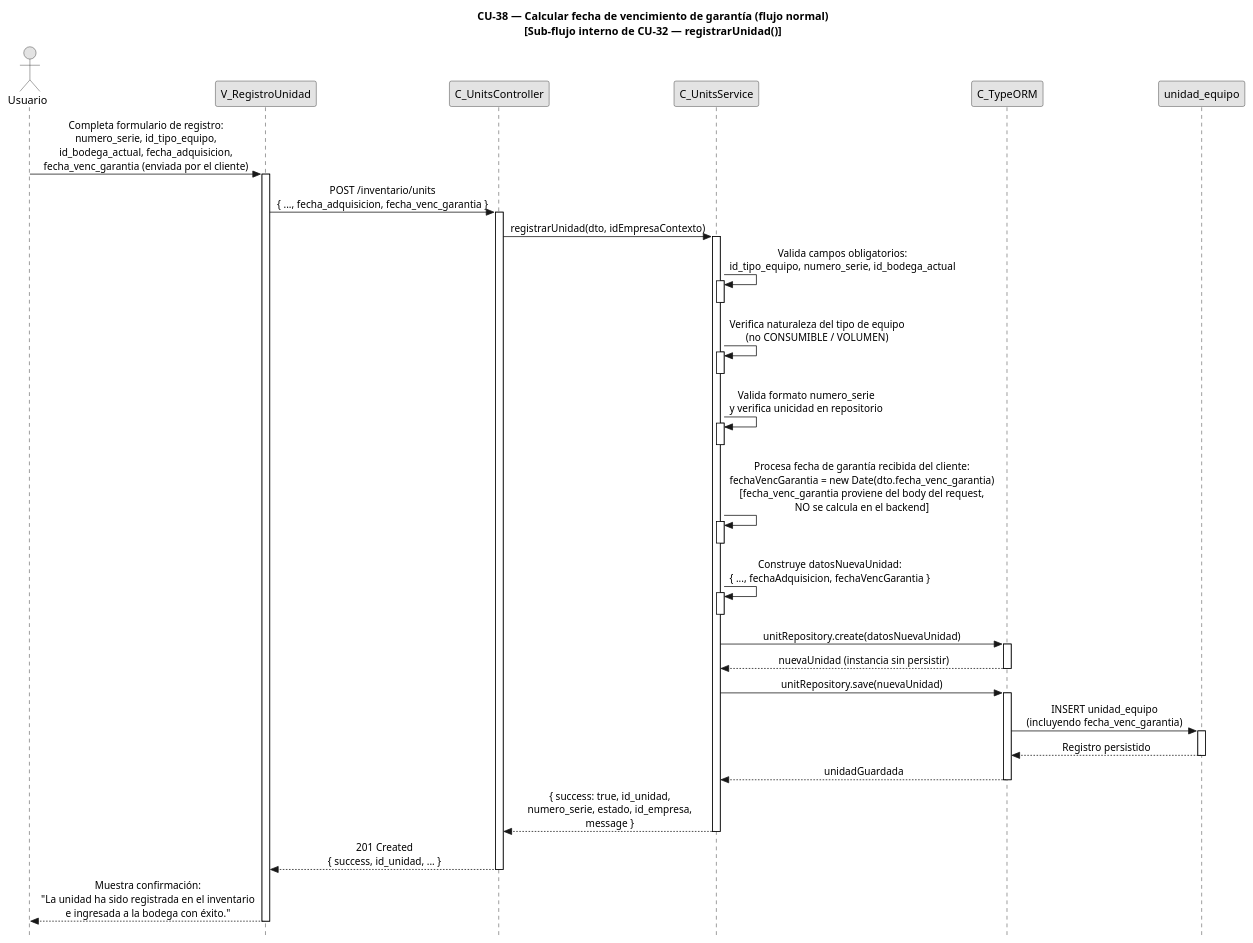
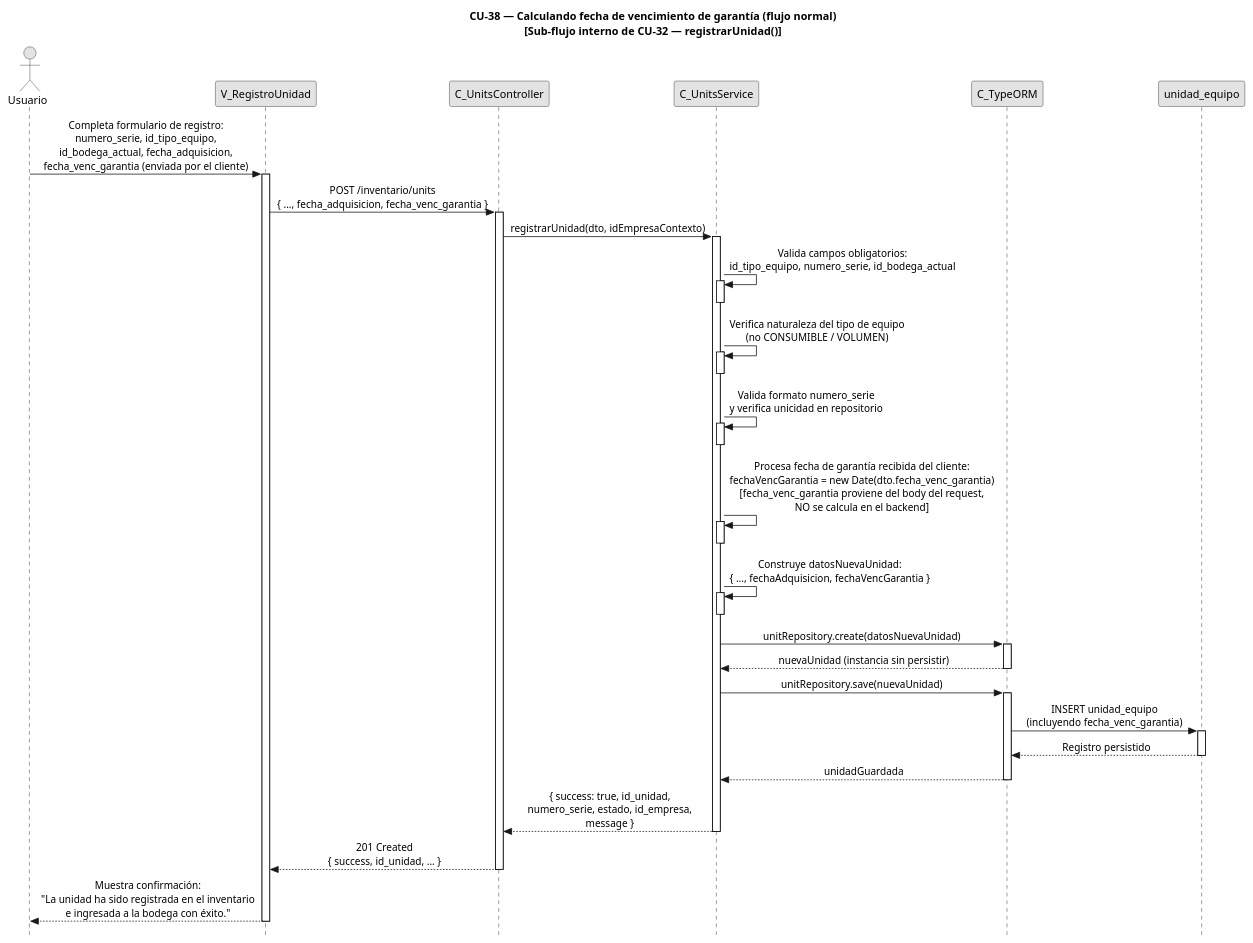
The diagram in diagramas/diagramas-secuencia/CU38/CU38-normal.puml (FSM-Finet-y-Cable-Magico/Team_1-Inventario-y-Bodega), drawn with PlantUML before and after one commit. The commit also changed 155 other files, not shown here.

Commit message:
fix: titulos de diagramas de secuencia en gerundio

```diff
--- a/diagramas/diagramas-secuencia/CU38/CU38-normal.puml
+++ b/diagramas/diagramas-secuencia/CU38/CU38-normal.puml
@@ -1,77 +1,77 @@
 @startuml CU38-normal
-title CU-38 — Calcular fecha de vencimiento de garantía (flujo normal)\n[Sub-flujo interno de CU-32 — registrarUnidad()]
+title CU-38 — Calculando fecha de vencimiento de garantía (flujo normal)\n[Sub-flujo interno de CU-32 — registrarUnidad()]
 
 skinparam style strictuml
 skinparam monochrome true
 skinparam shadowing false
 skinparam sequenceMessageAlign center
 skinparam ParticipantPadding 70
 skinparam ActorPadding 30
 skinparam sequence {
   MessageAlign center
   LifeLineBorderColor black
 }
 hide footbox
 
 actor "Usuario" as user
 participant "V_RegistroUnidad" as view
 participant "C_UnitsController" as ctrl
 participant "C_UnitsService" as svc
 participant "C_TypeORM" as orm
 participant "unidad_equipo" as ent
 
 user -> view : Completa formulario de registro:\nnumero_serie, id_tipo_equipo,\nid_bodega_actual, fecha_adquisicion,\nfecha_venc_garantia (enviada por el cliente)
 activate view
 
 view -> ctrl : POST /inventario/units\n{ ..., fecha_adquisicion, fecha_venc_garantia }
 activate ctrl
 
 ctrl -> svc : registrarUnidad(dto, idEmpresaContexto)
 activate svc
 
 svc -> svc : Valida campos obligatorios:\nid_tipo_equipo, numero_serie, id_bodega_actual
 activate svc
 deactivate svc
 
 svc -> svc : Verifica naturaleza del tipo de equipo\n(no CONSUMIBLE / VOLUMEN)
 activate svc
 deactivate svc
 
 svc -> svc : Valida formato numero_serie\ny verifica unicidad en repositorio
 activate svc
 deactivate svc
 
 svc -> svc : Procesa fecha de garantía recibida del cliente:\nfechaVencGarantia = new Date(dto.fecha_venc_garantia)\n[fecha_venc_garantia proviene del body del request,\nNO se calcula en el backend]
 activate svc
 deactivate svc
 
 svc -> svc : Construye datosNuevaUnidad:\n{ ..., fechaAdquisicion, fechaVencGarantia }
 activate svc
 deactivate svc
 
 svc -> orm : unitRepository.create(datosNuevaUnidad)
 activate orm
 orm --> svc : nuevaUnidad (instancia sin persistir)
 deactivate orm
 
 svc -> orm : unitRepository.save(nuevaUnidad)
 activate orm
 
 orm -> ent : INSERT unidad_equipo\n(incluyendo fecha_venc_garantia)
 activate ent
 ent --> orm : Registro persistido
 deactivate ent
 
 orm --> svc : unidadGuardada
 deactivate orm
 
 svc --> ctrl : { success: true, id_unidad,\nnumero_serie, estado, id_empresa,\nmessage }
 deactivate svc
 
 ctrl --> view : 201 Created\n{ success, id_unidad, ... }
 deactivate ctrl
 
 view --> user : Muestra confirmación:\n"La unidad ha sido registrada en el inventario\ne ingresada a la bodega con éxito."
 deactivate view
 
 @enduml
```
